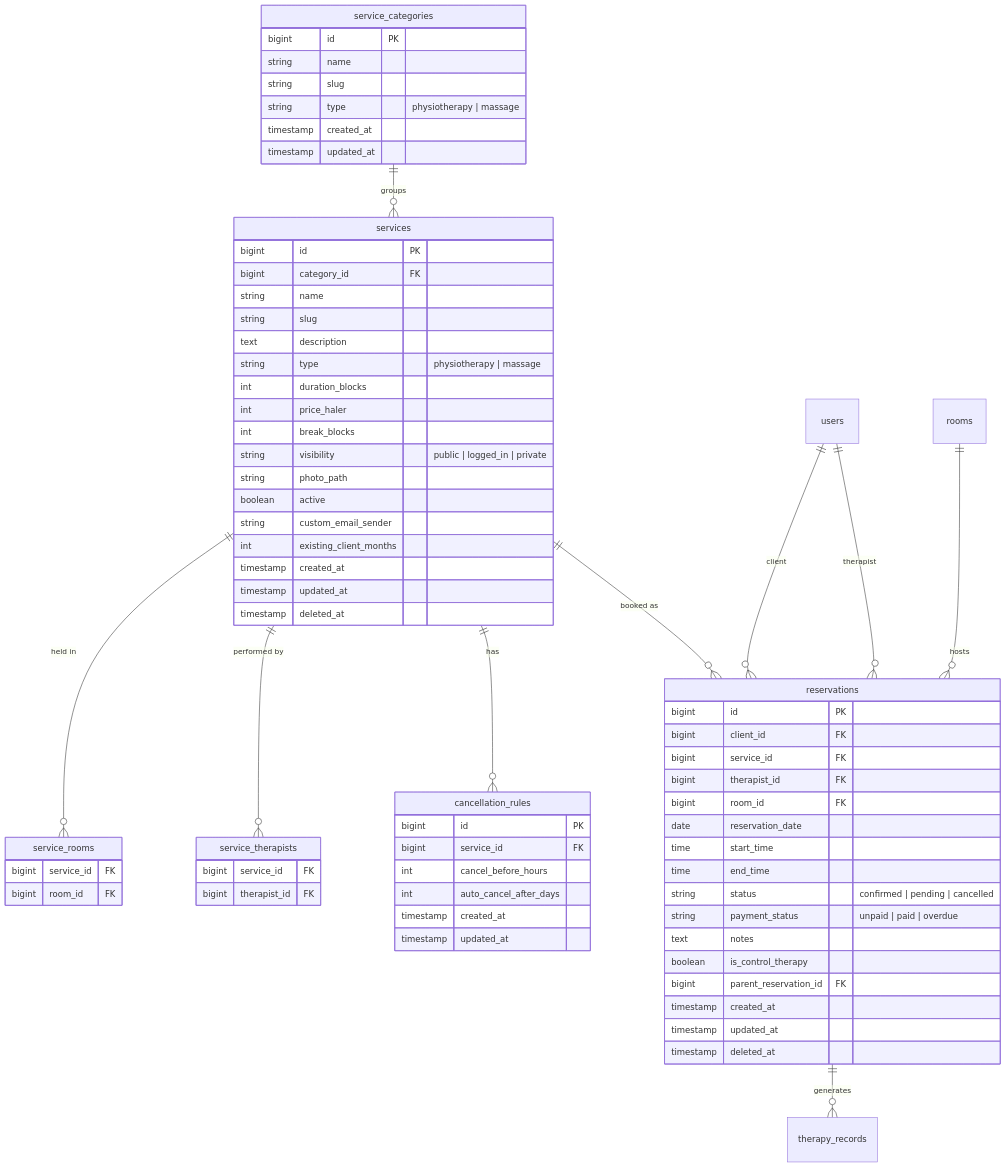
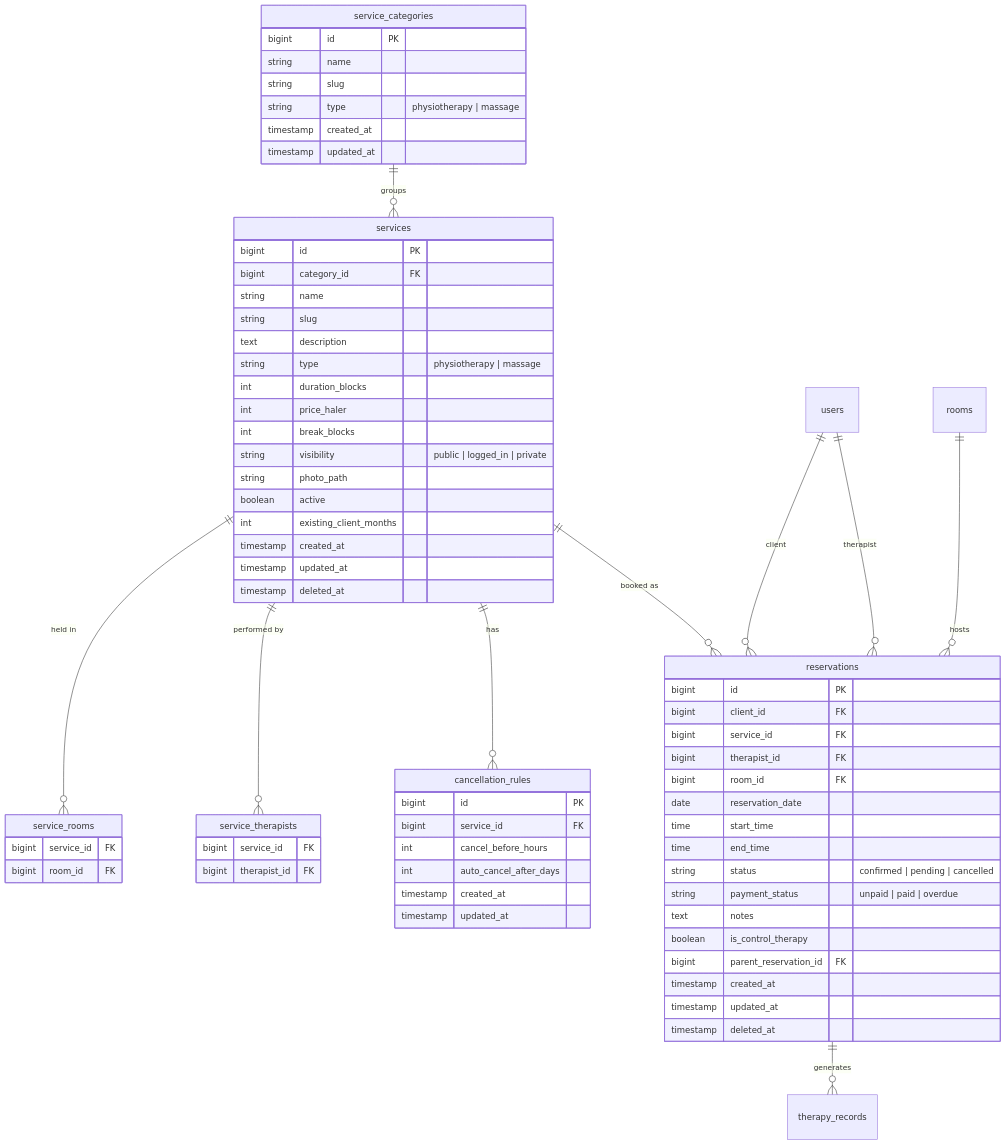
One commit to michal-cecko/friendly-fyzio-app changed the third of 7 diagrams in docs/master-specification.md. Above: the diagram before and after it, drawn with Mermaid. The commit also changed other lines of this file and 305 other files, not shown here.

````diff
--- a/docs/master-specification.md
+++ b/docs/master-specification.md
@@ -182,74 +182,73 @@
 ```mermaid
 erDiagram
     service_categories {
         bigint id PK
         string name
         string slug
         string type "physiotherapy | massage"
         timestamp created_at
         timestamp updated_at
     }
     services {
         bigint id PK
         bigint category_id FK
         string name
         string slug
         text description
         string type "physiotherapy | massage"
         int duration_blocks
         int price_haler
         int break_blocks
         string visibility "public | logged_in | private"
         string photo_path
         boolean active
-        string custom_email_sender
         int existing_client_months
         timestamp created_at
         timestamp updated_at
         timestamp deleted_at
     }
     service_rooms {
         bigint service_id FK
         bigint room_id FK
     }
     service_therapists {
         bigint service_id FK
         bigint therapist_id FK
     }
     cancellation_rules {
         bigint id PK
         bigint service_id FK
         int cancel_before_hours
         int auto_cancel_after_days
         timestamp created_at
         timestamp updated_at
     }
     reservations {
         bigint id PK
         bigint client_id FK
         bigint service_id FK
         bigint therapist_id FK
         bigint room_id FK
         date reservation_date
         time start_time
         time end_time
         string status "confirmed | pending | cancelled"
         string payment_status "unpaid | paid | overdue"
         text notes
         boolean is_control_therapy
         bigint parent_reservation_id FK
         timestamp created_at
         timestamp updated_at
         timestamp deleted_at
     }
 
     services ||--o{ service_rooms : "held in"
     services ||--o{ service_therapists : "performed by"
     services ||--o{ cancellation_rules : "has"
     service_categories ||--o{ services : "groups"
     users ||--o{ reservations : "client"
     services ||--o{ reservations : "booked as"
     users ||--o{ reservations : "therapist"
     rooms ||--o{ reservations : "hosts"
     reservations ||--o{ therapy_records : "generates"
 ```
````
